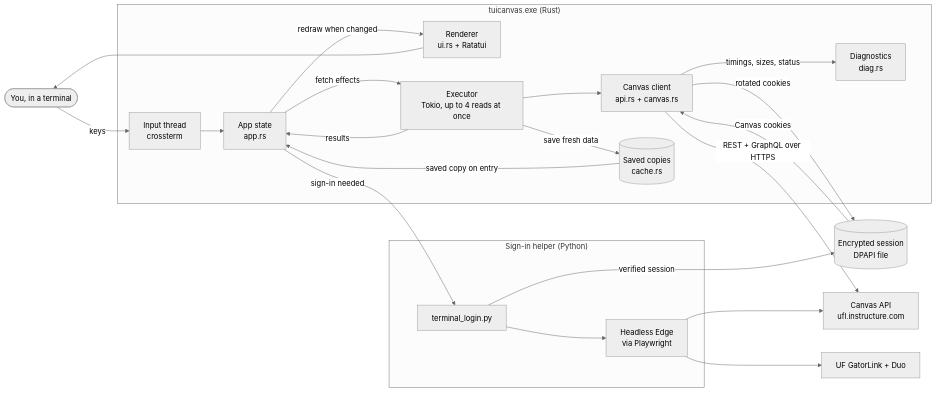
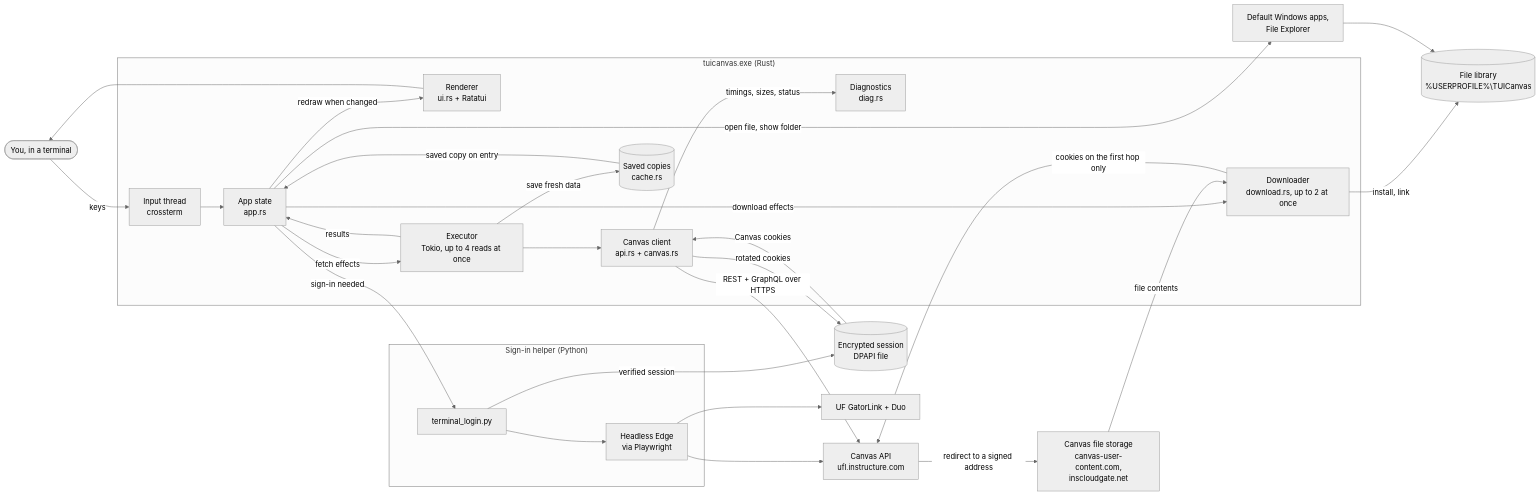
Before and after one commit to taherakolawala/TUICanvas: the first of 6 diagrams in docs/architecture.md, drawn with Mermaid (neutral theme). The commit also changed other lines of this file and 4 other files, not shown here.

````diff
--- a/docs/architecture.md
+++ b/docs/architecture.md
@@ -14,35 +14,46 @@
 ```mermaid
 flowchart LR
     user(["You, in a terminal"])
     subgraph app["tuicanvas.exe (Rust)"]
         input["Input thread<br/>crossterm"]
         state["App state<br/>app.rs"]
         ui["Renderer<br/>ui.rs + Ratatui"]
         exec["Executor<br/>Tokio, up to 4 reads at once"]
         client["Canvas client<br/>api.rs + canvas.rs"]
         store[("Saved copies<br/>cache.rs")]
         diag["Diagnostics<br/>diag.rs"]
+        dl["Downloader<br/>download.rs, up to 2 at once"]
     end
+    lib[("File library<br/>%USERPROFILE%\TUICanvas")]
+    winapps["Default Windows apps,<br/>File Explorer"]
+    storage["Canvas file storage<br/>canvas-user-content.com,<br/>inscloudgate.net"]
     subgraph helper["Sign-in helper (Python)"]
         login["terminal_login.py"]
         edge["Headless Edge<br/>via Playwright"]
     end
     session[("Encrypted session<br/>DPAPI file")]
     canvas["Canvas API<br/>ufl.instructure.com"]
     idp["UF GatorLink + Duo"]
 
     user -- keys --> input --> state
     state -- "redraw when changed" --> ui --> user
     state -- "fetch effects" --> exec --> client
     client -- "REST + GraphQL over HTTPS" --> canvas
     exec -- "results" --> state
     exec -- "save fresh data" --> store
     store -- "saved copy on entry" --> state
     client -- "timings, sizes, status" --> diag
     session -- "Canvas cookies" --> client
     client -- "rotated cookies" --> session
+    state -- "download effects" --> dl
+    dl -- "cookies on the first hop only" --> canvas
+    canvas -- "redirect to a signed address" --> storage
+    storage -- "file contents" --> dl
+    dl -- "install, link" --> lib
+    state -- "open file, show folder" --> winapps
+    winapps --> lib
     state -- "sign-in needed" --> login
     login --> edge --> idp
     edge --> canvas
     login -- "verified session" --> session
 ```
````
